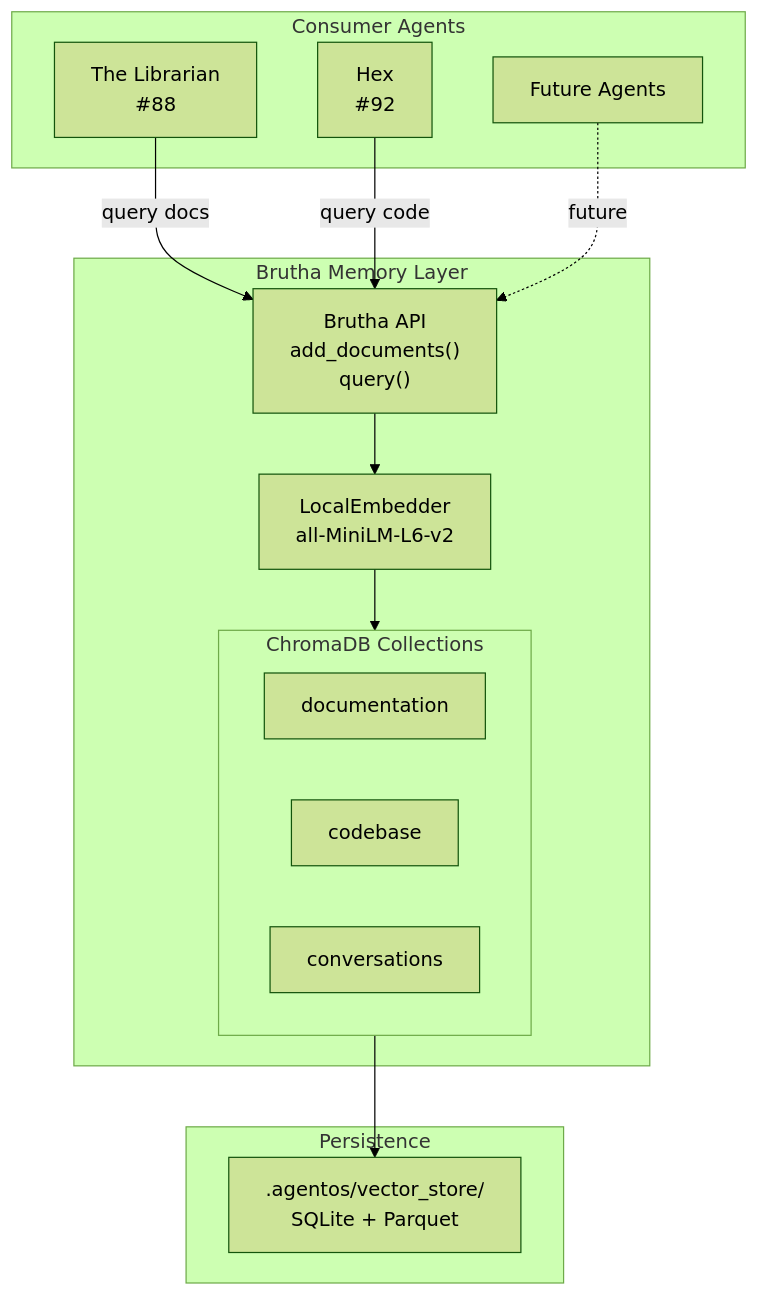
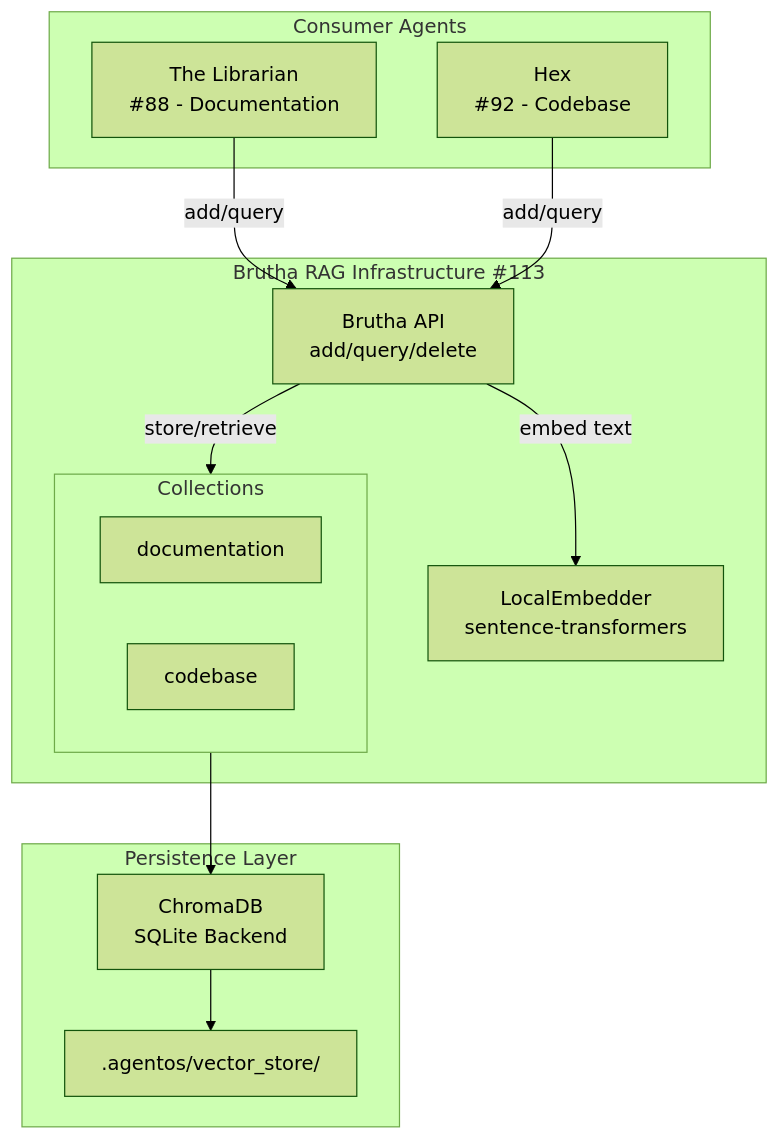
Before and after one commit to martymcenroe/AssemblyZero: the first of 2 diagrams in docs/lineage/active/113-lld-n2/002-draft.md, drawn with Mermaid (forest theme). The commit also changed other lines of this file and 133 other files, not shown here.

First line of the commit message:
feat: add Brutha vector DB infrastructure (RAG foundation) (#478)

````diff
--- a/docs/lineage/active/113-lld-n2/002-draft.md
+++ b/docs/lineage/active/113-lld-n2/002-draft.md
@@ -371,31 +331,29 @@
 ```mermaid
 flowchart TB
     subgraph Consumers["Consumer Agents"]
-        L["The Librarian<br/>#88"]
-        H["Hex<br/>#92"]
-        F["Future Agents"]
+        LIB["The Librarian<br/>#88 - Documentation"]
+        HEX["Hex<br/>#92 - Codebase"]
     end
 
-    subgraph Brutha["Brutha Memory Layer"]
-        API["Brutha API<br/>add_documents()<br/>query()"]
-        EMB["LocalEmbedder<br/>all-MiniLM-L6-v2"]
+    subgraph Brutha["Brutha RAG Infrastructure #113"]
+        API["Brutha API<br/>add/query/delete"]
+        EMB["LocalEmbedder<br/>sentence-transformers"]
         
-        subgraph Collections["ChromaDB Collections"]
+        subgraph Collections["Collections"]
             DOC["documentation"]
             CODE["codebase"]
-            CONV["conversations"]
         end
     end
 
-    subgraph Storage["Persistence"]
-        DB[".agentos/vector_store/<br/>SQLite + Parquet"]
+    subgraph Storage["Persistence Layer"]
+        CHROMA["ChromaDB<br/>SQLite Backend"]
+        DISK[".agentos/vector_store/"]
     end
 
-    L -->|"query docs"| API
-    H -->|"query code"| API
-    F -.->|"future"| API
-    
-    API --> EMB
-    EMB --> Collections
-    Collections --> DB
+    LIB -->|"add/query"| API
+    HEX -->|"add/query"| API
+    API -->|"embed text"| EMB
+    API -->|"store/retrieve"| Collections
+    Collections --> CHROMA
+    CHROMA --> DISK
 ```
````
